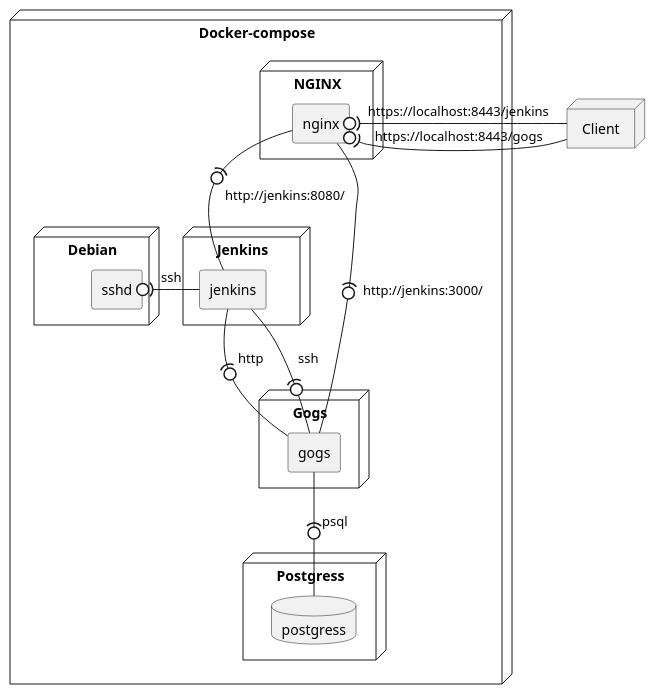
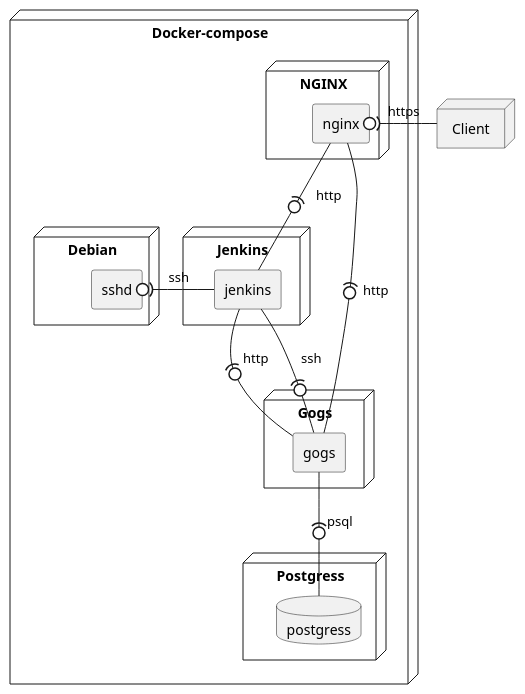
The diagram in docs/deploy_diagram.puml (andneh/jenkins-gogs-debian), drawn with PlantUML before and after one commit. The commit also changed 2 other files, not shown here.

Commit message:
update uml

```diff
--- a/docs/deploy_diagram.puml
+++ b/docs/deploy_diagram.puml
@@ -1,43 +1,42 @@
-@startuml
+@startuml "Deploy diagram"
 
 node pc as "Client"{
 
 }
 
 node dc as "Docker-compose" {
 
     node psql_node as "Postgress" {
         database psql as "postgress"
     }
 
     node gogs_node as "Gogs" {
         agent gogs as "gogs"
     }
     node jenkins_node as "Jenkins" {
         agent jenkins as "jenkins"
     }
     
     node nginx_node as "NGINX" {
         agent nginx as "nginx"
     }
 
     node debian_node as "Debian"{
         agent ssh as "sshd"
     }
 
     gogs -(0- psql : "psql"
 
     jenkins -(0- gogs : "http"
     jenkins -(0- gogs : "ssh"
     jenkins -(0 ssh : "ssh"
 
-    nginx -(0- jenkins : "http://jenkins:8080/"
-    nginx -(0- gogs : "http://jenkins:3000/"
+    nginx -(0- jenkins : "http"
+    nginx -(0- gogs : "http"
     
-    pc -(0 nginx : "https://localhost:8443/jenkins"
-    pc -(0 nginx : "https://localhost:8443/gogs"
+    pc -(0 nginx : "https"
 
 }
 
 
 @enduml
```
